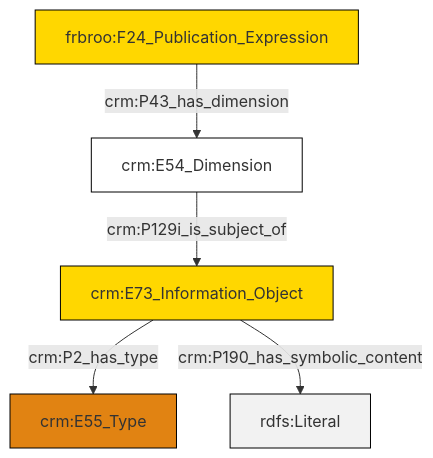
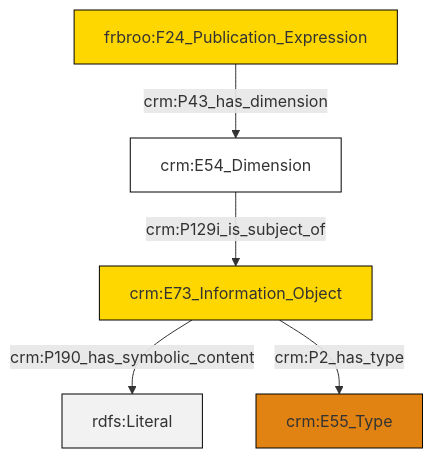
The diagram in et/biblioCSV/ttl/mmd/biblio_substance.ttl.mmd (swiss-art-research-net/docs.swissartresearch), drawn with Mermaid before and after one commit. The commit also changed 177 other files, not shown here.

```diff
--- a/et/biblioCSV/ttl/mmd/biblio_substance.ttl.mmd
+++ b/et/biblioCSV/ttl/mmd/biblio_substance.ttl.mmd
@@ -1,19 +1,19 @@
 graph TD
 classDef Literal fill:#f2f2f2,stroke:#000000;
 classDef CRM_Entity fill:#FFFFFF,stroke:#000000;
 classDef Temporal_Entity fill:#00C9E6, stroke:#000000;
 classDef Type fill:#E18312, stroke:#000000;
 classDef Time-Span fill:#2C9C91, stroke:#000000;
 classDef Appellation fill:#FFEB7F, stroke:#000000;
 classDef Place fill:#008836, stroke:#000000;
 classDef Persistent_Item fill:#B266B2, stroke:#000000;
 classDef Conceptual_Object fill:#FFD700, stroke:#000000;
 classDef Physical_Thing fill:#D2B48C, stroke:#000000;
 classDef Actor fill:#f58aad, stroke:#000000;
 classDef PC_Classes fill:#4ce600, stroke:#000000;
 classDef Multi fill:#cccccc,stroke:#000000;
 
-2["frbroo:F24_Publication_Expression"]:::Conceptual_Object -->|crm:P43_has_dimension| 3["crm:E54_Dimension"]:::CRM_Entity
-0["crm:E73_Information_Object"]:::Conceptual_Object -->|crm:P2_has_type| 4["crm:E55_Type"]:::Type
-0["crm:E73_Information_Object"]:::Conceptual_Object -->|crm:P190_has_symbolic_content| 5[rdfs:Literal]:::Literal
-3["crm:E54_Dimension"]:::CRM_Entity -->|crm:P129i_is_subject_of| 0["crm:E73_Information_Object"]:::Conceptual_Object
+0["crm:E73_Information_Object"]:::Conceptual_Object -->|crm:P190_has_symbolic_content| 2[rdfs:Literal]:::Literal
+7["crm:E54_Dimension"]:::CRM_Entity -->|crm:P129i_is_subject_of| 0["crm:E73_Information_Object"]:::Conceptual_Object
+0["crm:E73_Information_Object"]:::Conceptual_Object -->|crm:P2_has_type| 3["crm:E55_Type"]:::Type
+5["frbroo:F24_Publication_Expression"]:::Conceptual_Object -->|crm:P43_has_dimension| 7["crm:E54_Dimension"]:::CRM_Entity
```
